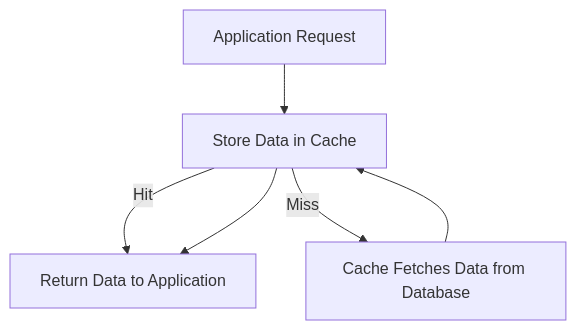
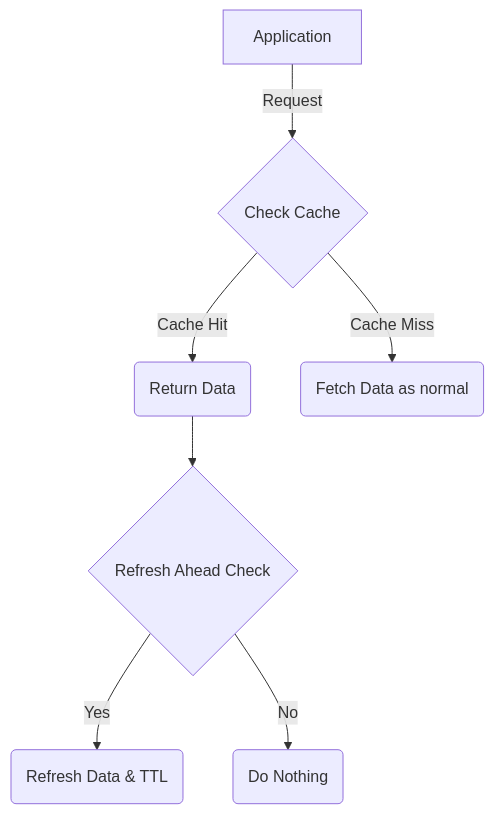
One commit to wailman24/Caching changed the second of 5 diagrams in README.md. Above: the diagram before and after it, drawn with Mermaid. The commit also changed other lines of this file, not shown here.

````diff
--- a/README.md
+++ b/README.md
@@ -91,8 +110,15 @@
 ```mermaid
 flowchart TD
-    A[Application Request] --> B[Cache]
-    B -- Hit --> C[Return Data to Application]
-    B -- Miss --> D[Cache Fetches Data from Database]
-    D --> B[Store Data in Cache]
-    B --> C[Return Data to Application]
+
+    A[Application] -->|Request| B{Check Cache}
+
+    B -->|Cache Hit| C(Return Data)
+
+    C -->D{Refresh Ahead Check}
+
+    D -->|Yes| E(Refresh Data & TTL)
+
+    D -->|No| F(Do Nothing)
+
+    B -->|Cache Miss| G(Fetch Data as normal)
 ```
````
